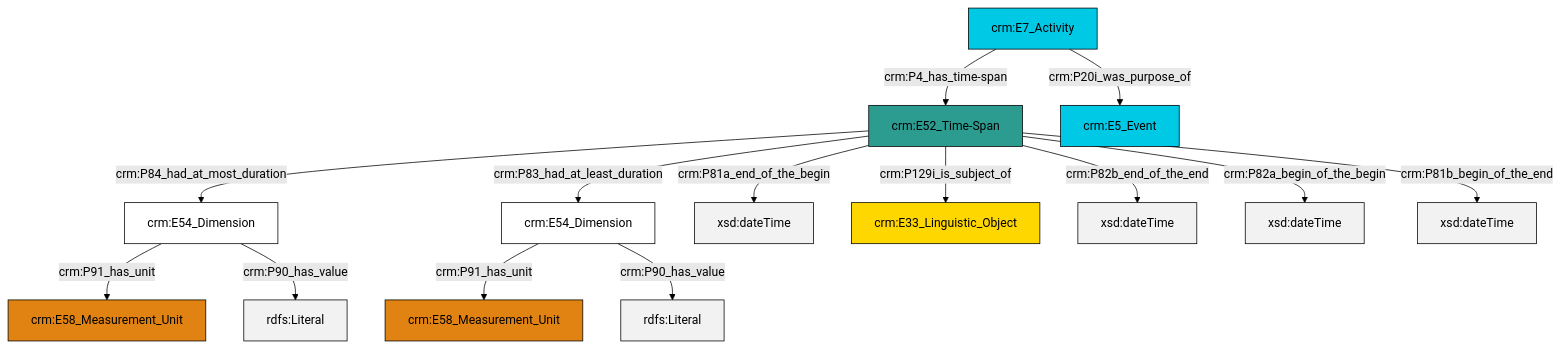
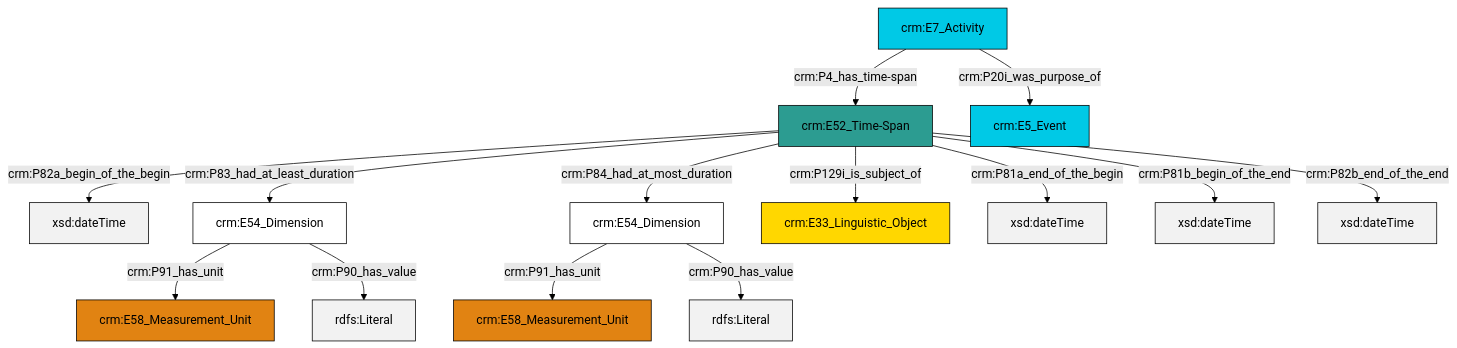
Before and after one commit to swiss-art-research-net/reference-data-models: the diagram in et/eventCSV/ttl/mmd/event_existence.ttl.mmd, drawn with Mermaid (forest theme). The commit also changed 126 other files, not shown here.

```diff
--- a/et/eventCSV/ttl/mmd/event_existence.ttl.mmd
+++ b/et/eventCSV/ttl/mmd/event_existence.ttl.mmd
@@ -1,28 +1,28 @@
 graph TD
 classDef Literal fill:#f2f2f2,stroke:#000000;
 classDef CRM_Entity fill:#FFFFFF,stroke:#000000;
 classDef Temporal_Entity fill:#00C9E6, stroke:#000000;
 classDef Type fill:#E18312, stroke:#000000;
 classDef Time-Span fill:#2C9C91, stroke:#000000;
 classDef Appellation fill:#FFEB7F, stroke:#000000;
 classDef Place fill:#008836, stroke:#000000;
 classDef Persistent_Item fill:#B266B2, stroke:#000000;
 classDef Conceptual_Object fill:#FFD700, stroke:#000000;
 classDef Physical_Thing fill:#D2B48C, stroke:#000000;
 classDef Actor fill:#f58aad, stroke:#000000;
 classDef PC_Classes fill:#4ce600, stroke:#000000;
 classDef Multi fill:#cccccc,stroke:#000000;
 
-6["crm:E52_Time-Span"]:::Time-Span -->|crm:P81a_end_of_the_begin| 7[xsd:dateTime]:::Literal
-2["crm:E54_Dimension"]:::CRM_Entity -->|crm:P91_has_unit| 8["crm:E58_Measurement_Unit"]:::Type
-6["crm:E52_Time-Span"]:::Time-Span -->|crm:P129i_is_subject_of| 9["crm:E33_Linguistic_Object"]:::Conceptual_Object
-6["crm:E52_Time-Span"]:::Time-Span -->|crm:P84_had_at_most_duration| 4["crm:E54_Dimension"]:::CRM_Entity
-6["crm:E52_Time-Span"]:::Time-Span -->|crm:P83_had_at_least_duration| 2["crm:E54_Dimension"]:::CRM_Entity
-4["crm:E54_Dimension"]:::CRM_Entity -->|crm:P91_has_unit| 0["crm:E58_Measurement_Unit"]:::Type
-6["crm:E52_Time-Span"]:::Time-Span -->|crm:P82b_end_of_the_end| 10[xsd:dateTime]:::Literal
-11["crm:E7_Activity"]:::Temporal_Entity -->|crm:P4_has_time-span| 6["crm:E52_Time-Span"]:::Time-Span
-4["crm:E54_Dimension"]:::CRM_Entity -->|crm:P90_has_value| 15[rdfs:Literal]:::Literal
-11["crm:E7_Activity"]:::Temporal_Entity -->|crm:P20i_was_purpose_of| 17["crm:E5_Event"]:::Temporal_Entity
-2["crm:E54_Dimension"]:::CRM_Entity -->|crm:P90_has_value| 18[rdfs:Literal]:::Literal
-6["crm:E52_Time-Span"]:::Time-Span -->|crm:P82a_begin_of_the_begin| 19[xsd:dateTime]:::Literal
-6["crm:E52_Time-Span"]:::Time-Span -->|crm:P81b_begin_of_the_end| 20[xsd:dateTime]:::Literal
+0["crm:E52_Time-Span"]:::Time-Span -->|crm:P82a_begin_of_the_begin| 1[xsd:dateTime]:::Literal
+4["crm:E7_Activity"]:::Temporal_Entity -->|crm:P4_has_time-span| 0["crm:E52_Time-Span"]:::Time-Span
+0["crm:E52_Time-Span"]:::Time-Span -->|crm:P83_had_at_least_duration| 5["crm:E54_Dimension"]:::CRM_Entity
+6["crm:E54_Dimension"]:::CRM_Entity -->|crm:P91_has_unit| 2["crm:E58_Measurement_Unit"]:::Type
+4["crm:E7_Activity"]:::Temporal_Entity -->|crm:P20i_was_purpose_of| 7["crm:E5_Event"]:::Temporal_Entity
+0["crm:E52_Time-Span"]:::Time-Span -->|crm:P81a_end_of_the_begin| 15[xsd:dateTime]:::Literal
+0["crm:E52_Time-Span"]:::Time-Span -->|crm:P84_had_at_most_duration| 6["crm:E54_Dimension"]:::CRM_Entity
+5["crm:E54_Dimension"]:::CRM_Entity -->|crm:P91_has_unit| 10["crm:E58_Measurement_Unit"]:::Type
+5["crm:E54_Dimension"]:::CRM_Entity -->|crm:P90_has_value| 17[rdfs:Literal]:::Literal
+0["crm:E52_Time-Span"]:::Time-Span -->|crm:P129i_is_subject_of| 13["crm:E33_Linguistic_Object"]:::Conceptual_Object
+0["crm:E52_Time-Span"]:::Time-Span -->|crm:P81b_begin_of_the_end| 18[xsd:dateTime]:::Literal
+6["crm:E54_Dimension"]:::CRM_Entity -->|crm:P90_has_value| 19[rdfs:Literal]:::Literal
+0["crm:E52_Time-Span"]:::Time-Span -->|crm:P82b_end_of_the_end| 21[xsd:dateTime]:::Literal
```
